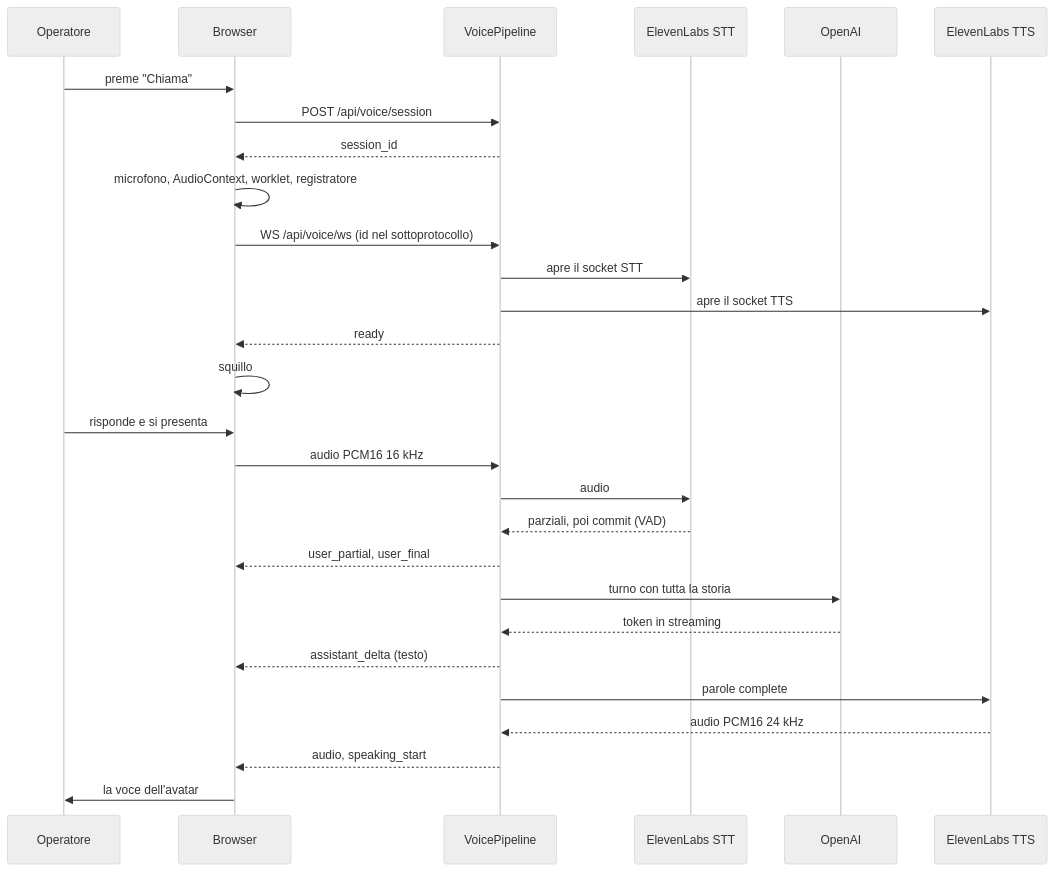
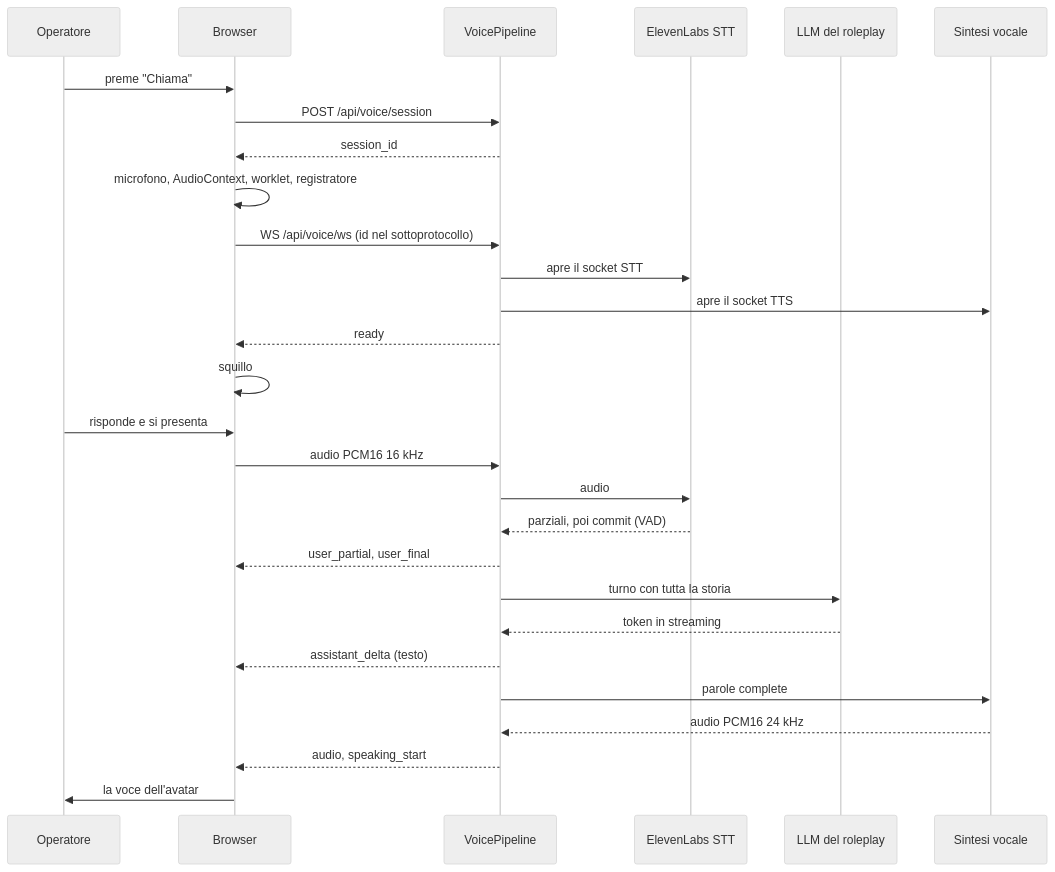
Before and after one commit to DavideZanellato99/SkillLab: the first of 2 diagrams in docs/chiamata-vocale.md, drawn with Mermaid (neutral theme). The commit also changed other lines of this file and 33 other files, not shown here.

Commit message:
scelta env per usare openai o gemini per llm chiamata e per usare cartesia o elevenlabs per tts

````diff
--- a/docs/chiamata-vocale.md
+++ b/docs/chiamata-vocale.md
@@ -10,31 +10,31 @@
 ```mermaid
 sequenceDiagram
     participant O as Operatore
     participant B as Browser
     participant P as VoicePipeline
     participant E as ElevenLabs STT
-    participant L as OpenAI
-    participant C as ElevenLabs TTS
+    participant L as LLM del roleplay
+    participant C as Sintesi vocale
 
     O->>B: preme "Chiama"
     B->>P: POST /api/voice/session
     P-->>B: session_id
     B->>B: microfono, AudioContext, worklet, registratore
     B->>P: WS /api/voice/ws (id nel sottoprotocollo)
     P->>E: apre il socket STT
     P->>C: apre il socket TTS
     P-->>B: ready
     B->>B: squillo
     O->>B: risponde e si presenta
     B->>P: audio PCM16 16 kHz
     P->>E: audio
     E-->>P: parziali, poi commit (VAD)
     P-->>B: user_partial, user_final
     P->>L: turno con tutta la storia
     L-->>P: token in streaming
     P-->>B: assistant_delta (testo)
     P->>C: parole complete
     C-->>P: audio PCM16 24 kHz
     P-->>B: audio, speaking_start
     B->>O: la voce dell'avatar
 ```
````
